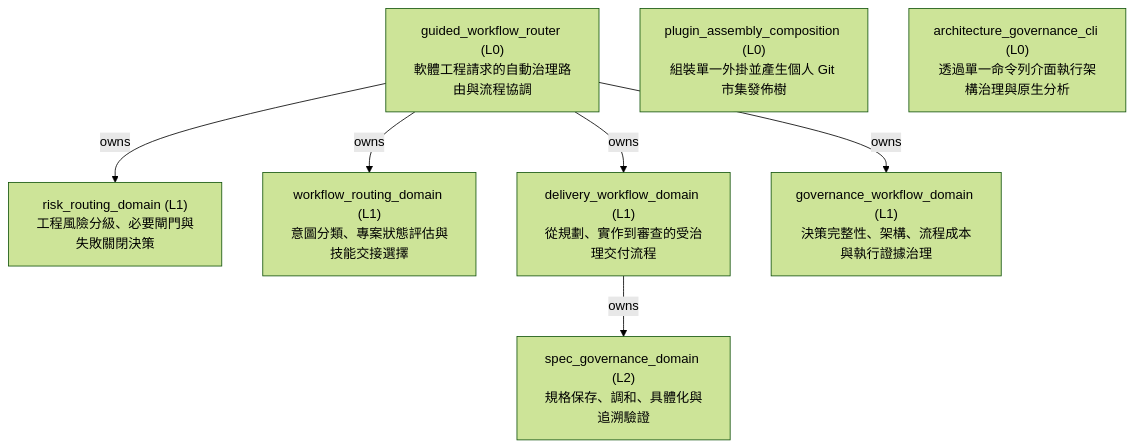
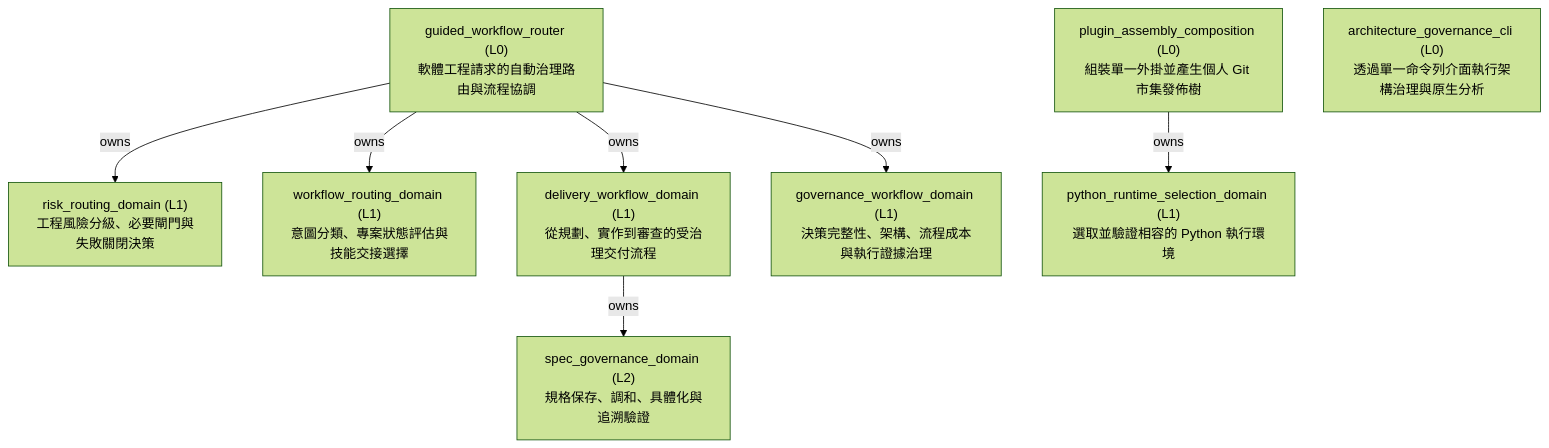
The first of 2 diagrams in architecture/ARCHITECTURE.md (ShinWeiPeng/skills), drawn with Mermaid (forest theme) before and after one commit. The commit also changed other lines of this file and 39 other files, not shown here.

Commit message:
fix Windows plugin runtime and ACL recovery

````diff
--- a/architecture/ARCHITECTURE.md
+++ b/architecture/ARCHITECTURE.md
@@ -19,16 +19,18 @@
 ```mermaid
 flowchart TD
     n_guided_workflow_router["guided_workflow_router (L0)<br/>軟體工程請求的自動治理路由與流程協調"]
     n_risk_routing_domain["risk_routing_domain (L1)<br/>工程風險分級、必要閘門與失敗關閉決策"]
     n_workflow_routing_domain["workflow_routing_domain (L1)<br/>意圖分類、專案狀態評估與技能交接選擇"]
     n_delivery_workflow_domain["delivery_workflow_domain (L1)<br/>從規劃、實作到審查的受治理交付流程"]
     n_spec_governance_domain["spec_governance_domain (L2)<br/>規格保存、調和、具體化與追溯驗證"]
     n_governance_workflow_domain["governance_workflow_domain (L1)<br/>決策完整性、架構、流程成本與執行證據治理"]
     n_plugin_assembly_composition["plugin_assembly_composition (L0)<br/>組裝單一外掛並產生個人 Git 市集發佈樹"]
+    n_python_runtime_selection_domain["python_runtime_selection_domain (L1)<br/>選取並驗證相容的 Python 執行環境"]
     n_architecture_governance_cli["architecture_governance_cli (L0)<br/>透過單一命令列介面執行架構治理與原生分析"]
     n_guided_workflow_router -->|owns| n_risk_routing_domain
     n_guided_workflow_router -->|owns| n_workflow_routing_domain
     n_guided_workflow_router -->|owns| n_delivery_workflow_domain
     n_delivery_workflow_domain -->|owns| n_spec_governance_domain
     n_guided_workflow_router -->|owns| n_governance_workflow_domain
+    n_plugin_assembly_composition -->|owns| n_python_runtime_selection_domain
 ```
````
